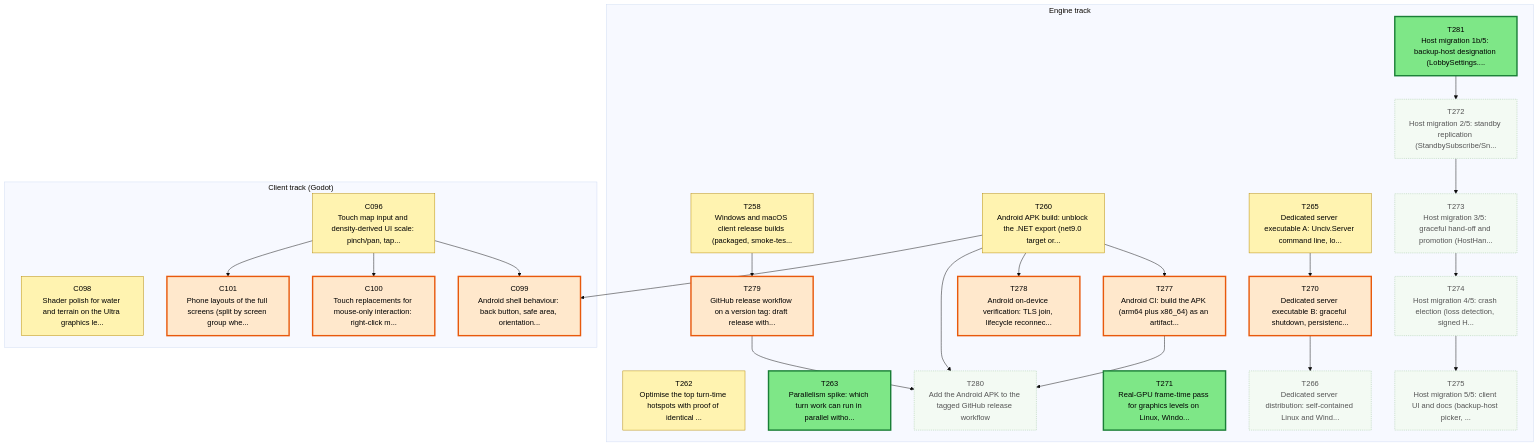
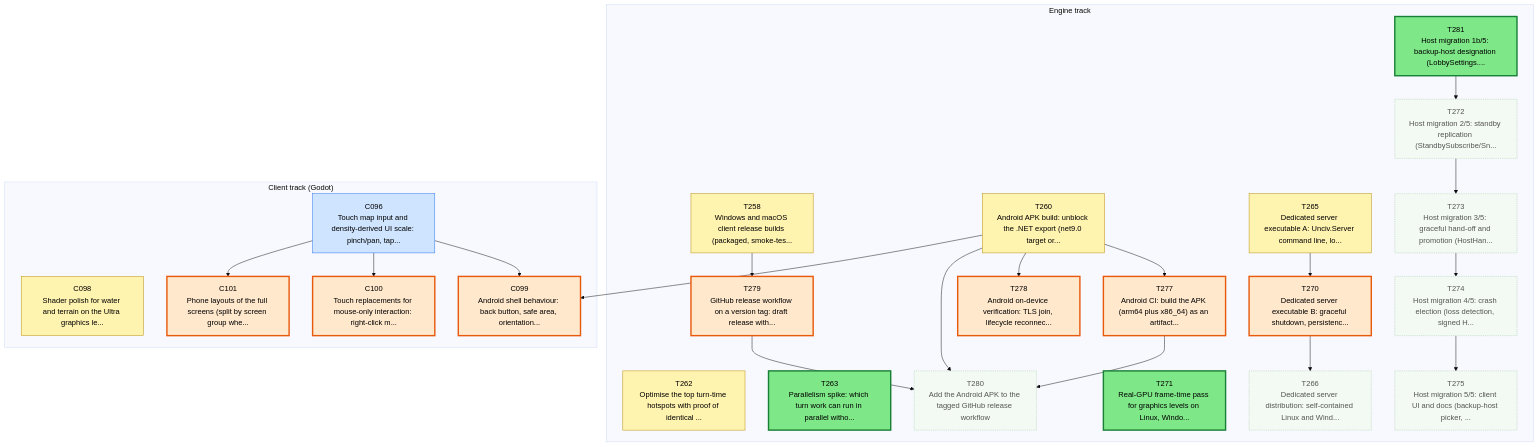
Before and after one commit to Kenmura/Unciv: the first of 3 diagrams in csharp/migration/DEPENDENCY_MAP.md, drawn with Mermaid (base theme). The commit also changed other lines of this file and 1 other file, not shown here.

Commit message:
migration: implement C096 [Claude-C096]

````diff
--- a/csharp/migration/DEPENDENCY_MAP.md
+++ b/csharp/migration/DEPENDENCY_MAP.md
@@ -35,74 +35,74 @@
 ```mermaid
 flowchart TD
   subgraph TTRACK["Engine track"]
     T258["T258<br/>Windows and macOS client release builds (packaged, smoke-tes..."]
     T260["T260<br/>Android APK build: unblock the .NET export (net9.0 target or..."]
     T262["T262<br/>Optimise the top turn-time hotspots with proof of identical ..."]
     T263["T263<br/>Parallelism spike: which turn work can run in parallel witho..."]
     T265["T265<br/>Dedicated server executable A: Unciv.Server command line, lo..."]
     T266["T266<br/>Dedicated server distribution: self-contained Linux and Wind..."]
     T270["T270<br/>Dedicated server executable B: graceful shutdown, persistenc..."]
     T271["T271<br/>Real-GPU frame-time pass for graphics levels on Linux, Windo..."]
     T272["T272<br/>Host migration 2/5: standby replication (StandbySubscribe/Sn..."]
     T273["T273<br/>Host migration 3/5: graceful hand-off and promotion (HostHan..."]
     T274["T274<br/>Host migration 4/5: crash election (loss detection, signed H..."]
     T275["T275<br/>Host migration 5/5: client UI and docs (backup-host picker, ..."]
     T277["T277<br/>Android CI: build the APK (arm64 plus x86_64) as an artifact..."]
     T278["T278<br/>Android on-device verification: TLS join, lifecycle reconnec..."]
     T279["T279<br/>GitHub release workflow on a version tag: draft release with..."]
     T280["T280<br/>Add the Android APK to the tagged GitHub release workflow"]
     T281["T281<br/>Host migration 1b/5: backup-host designation (LobbySettings...."]
   end
   subgraph CTRACK["Client track (Godot)"]
     C096["C096<br/>Touch map input and density-derived UI scale: pinch/pan, tap..."]
     C098["C098<br/>Shader polish for water and terrain on the Ultra graphics le..."]
     C099["C099<br/>Android shell behaviour: back button, safe area, orientation..."]
     C100["C100<br/>Touch replacements for mouse-only interaction: right-click m..."]
     C101["C101<br/>Phone layouts of the full screens (split by screen group whe..."]
   end
   T270 --> T266
   T265 --> T270
   T281 --> T272
   T272 --> T273
   T273 --> T274
   T274 --> T275
   T260 --> T277
   T260 --> T278
   T258 --> T279
   T279 --> T280
   T260 --> T280
   T277 --> T280
   T260 --> C099
   C096 --> C099
   C096 --> C100
   C096 --> C101
   classDef waiting fill:#f3faf3,stroke:#9bc49b,color:#555,stroke-dasharray:2 2
   classDef ondeck fill:#ffe8cc,stroke:#e8590c,stroke-width:3px,color:#000
   classDef ready fill:#7ee787,stroke:#1a7f37,stroke-width:3px,color:#000
   classDef prog fill:#fff3b0,stroke:#b58900,color:#000
   classDef review fill:#cfe4ff,stroke:#1f6feb,color:#000
   classDef blocked fill:#ffd6d6,stroke:#c62828,color:#000
   classDef done fill:#eeeeee,stroke:#999999,color:#666,stroke-dasharray:4 3
-  class C096 prog
+  class C096 review
   class C098 prog
   class C099 ondeck
   class C100 ondeck
   class C101 ondeck
   class T258 prog
   class T260 prog
   class T262 prog
   class T263 ready
   class T265 prog
   class T266 waiting
   class T270 ondeck
   class T271 ready
   class T272 waiting
   class T273 waiting
   class T274 waiting
   class T275 waiting
   class T277 ondeck
   class T278 ondeck
   class T279 ondeck
   class T280 waiting
   class T281 ready
 ```
````
